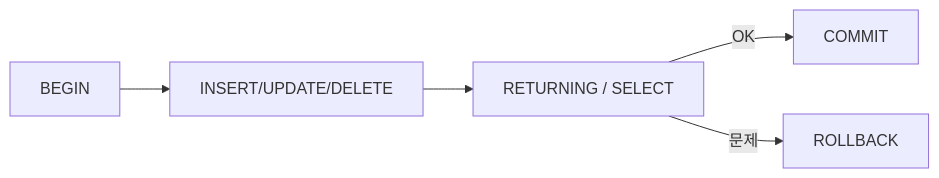
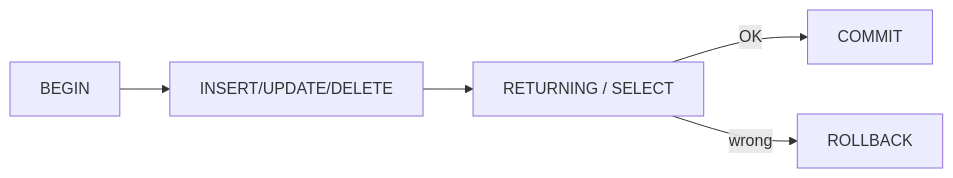
The diagram in content/sql-101/ko/08-insert-update-delete.md (yeongseon-books/book-content), drawn with Mermaid before and after one commit. The commit also changed other lines of this file and 9 other files, not shown here.

````diff
--- a/content/sql-101/ko/08-insert-update-delete.md
+++ b/content/sql-101/ko/08-insert-update-delete.md
@@ -35,7 +47,7 @@
 ```mermaid
 flowchart LR
     Begin["BEGIN"] --> Op["INSERT/UPDATE/DELETE"]
     Op --> Check["RETURNING / SELECT"]
     Check -->|OK| Commit["COMMIT"]
-    Check -->|문제| Rollback["ROLLBACK"]
+    Check -->|wrong| Rollback["ROLLBACK"]
 ```
````
